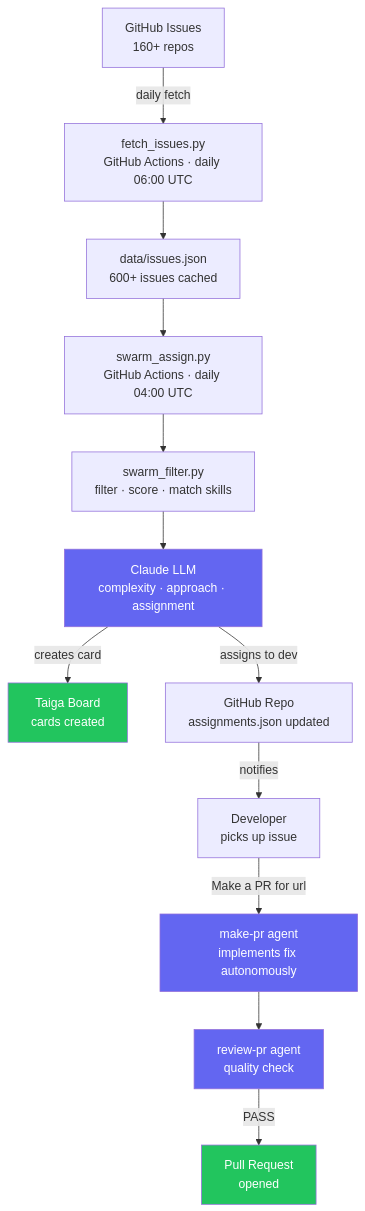
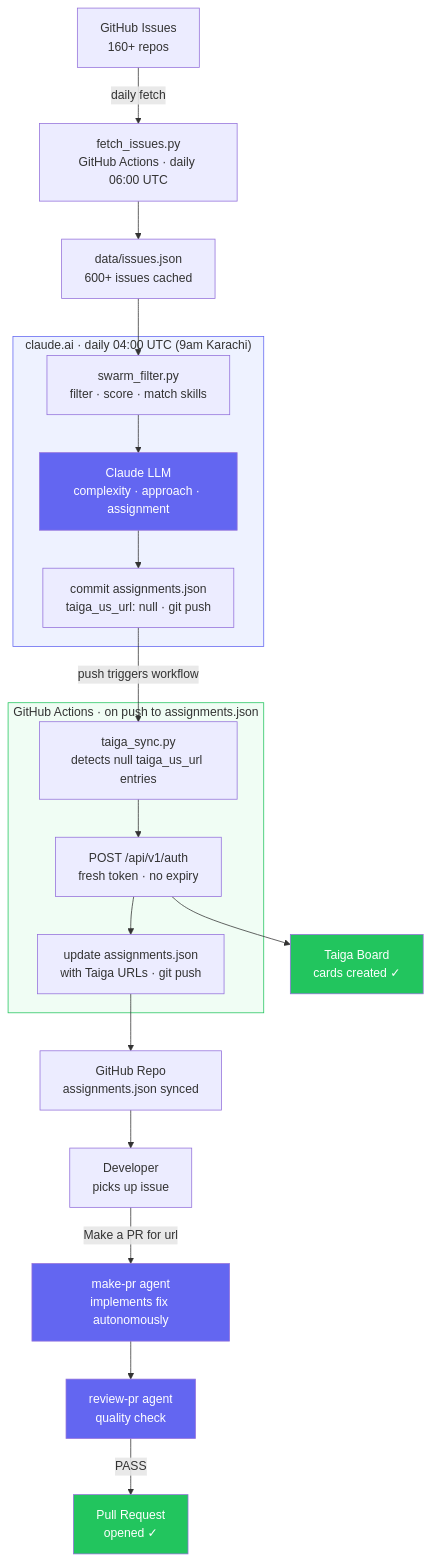
Before and after one commit to awais786/opensource-issues: the diagram in README.md, drawn with Mermaid.

Commit message:
docs: update architecture diagram — claude.ai → GitHub Actions handoff

````diff
--- a/README.md
+++ b/README.md
@@ -13,33 +13,48 @@
 ```mermaid
 flowchart TD
     GH["GitHub Issues\n160+ repos"]
     FETCH["fetch_issues.py\nGitHub Actions · daily 06:00 UTC"]
     JSON["data/issues.json\n600+ issues cached"]
-    SWARM["swarm_assign.py\nGitHub Actions · daily 04:00 UTC"]
-    FILTER["swarm_filter.py\nfilter · score · match skills"]
-    CLAUDE["Claude LLM\ncomplexity · approach · assignment"]
-    TAIGA["Taiga Board\ncards created"]
-    REPO["GitHub Repo\nassignments.json updated"]
+
+    subgraph CLAUDEAI ["claude.ai · daily 04:00 UTC (9am Karachi)"]
+        FILTER["swarm_filter.py\nfilter · score · match skills"]
+        CLAUDE["Claude LLM\ncomplexity · approach · assignment"]
+        COMMIT["commit assignments.json\ntaiga_us_url: null · git push"]
+    end
+
+    subgraph GHACTIONS ["GitHub Actions · on push to assignments.json"]
+        SYNC["taiga_sync.py\ndetects null taiga_us_url entries"]
+        TAIGAAPI["POST /api/v1/auth\nfresh token · no expiry"]
+        UPDATE["update assignments.json\nwith Taiga URLs · git push"]
+    end
+
+    TAIGA["Taiga Board\ncards created ✓"]
+    REPO["GitHub Repo\nassignments.json synced"]
     DEV["Developer\npicks up issue"]
     MAKEPR["make-pr agent\nimplements fix autonomously"]
     REVIEW["review-pr agent\nquality check"]
-    PR["Pull Request\nopened"]
+    PR["Pull Request\nopened ✓"]
 
     GH -->|daily fetch| FETCH
     FETCH --> JSON
-    JSON --> SWARM
-    SWARM --> FILTER
+    JSON --> FILTER
     FILTER --> CLAUDE
-    CLAUDE -->|assigns to dev| REPO
-    CLAUDE -->|creates card| TAIGA
-    REPO -->|notifies| DEV
+    CLAUDE --> COMMIT
+    COMMIT -->|push triggers workflow| SYNC
+    SYNC --> TAIGAAPI
+    TAIGAAPI --> TAIGA
+    TAIGAAPI --> UPDATE
+    UPDATE --> REPO
+    REPO --> DEV
     DEV -->|Make a PR for url| MAKEPR
     MAKEPR --> REVIEW
     REVIEW -->|PASS| PR
 
     style CLAUDE fill:#6366f1,color:#fff
     style MAKEPR fill:#6366f1,color:#fff
     style REVIEW fill:#6366f1,color:#fff
     style TAIGA fill:#22c55e,color:#fff
     style PR fill:#22c55e,color:#fff
+    style CLAUDEAI fill:#eef2ff,stroke:#6366f1
+    style GHACTIONS fill:#f0fdf4,stroke:#22c55e
 ```
````
